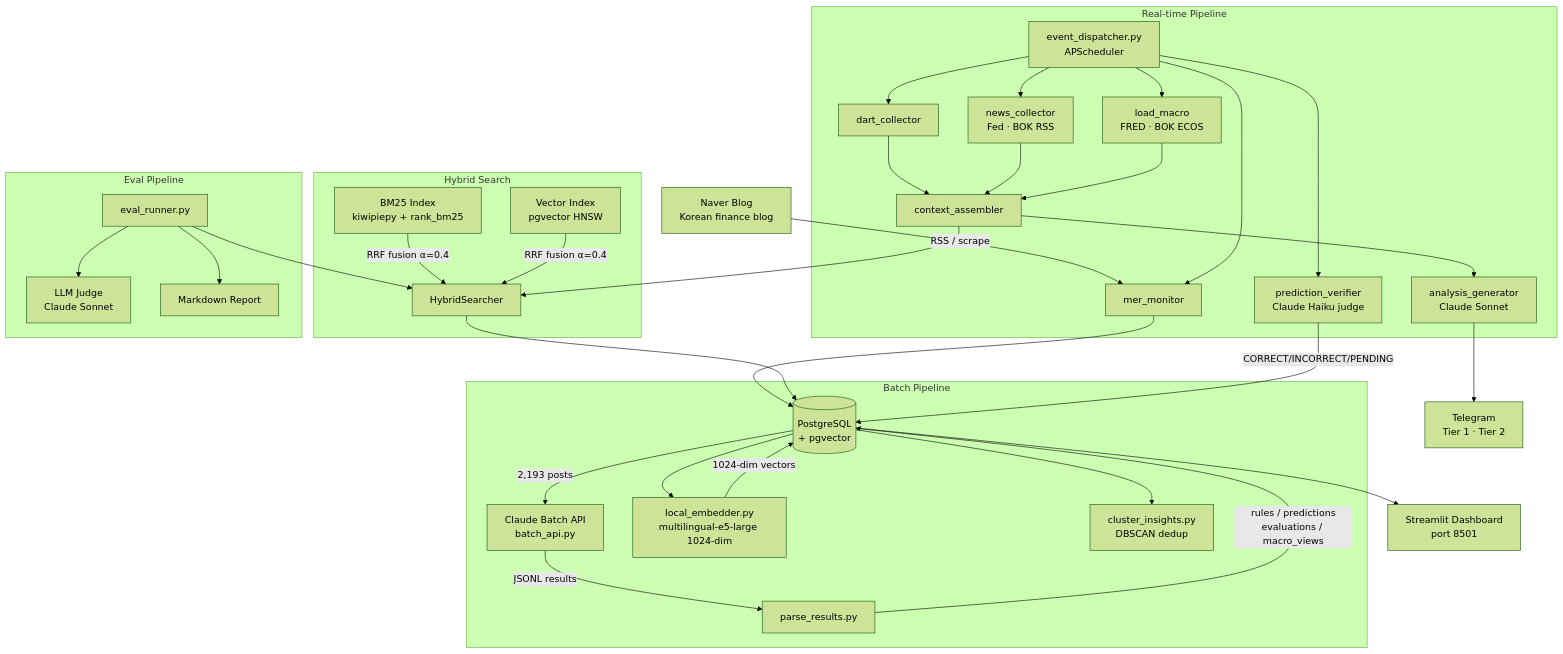
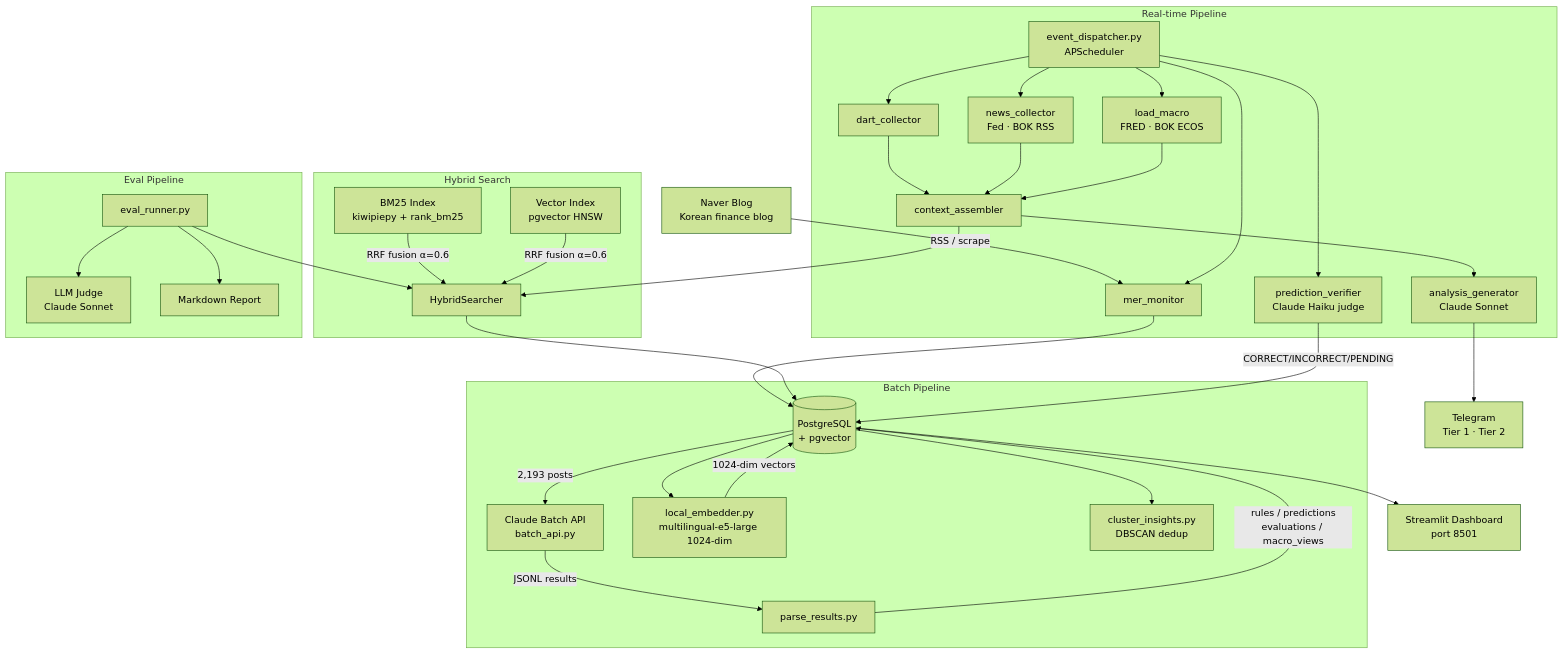
The diagram in README.md (11e3/mer-insight-pipeline), drawn with Mermaid (forest theme) before and after one commit. The commit also changed other lines of this file and 3 other files, not shown here.

````diff
--- a/README.md
+++ b/README.md
@@ -16,44 +16,44 @@
 ```mermaid
 flowchart TD
     A[Naver Blog<br>Korean finance blog] -->|RSS / scrape| B[mer_monitor]
     B --> C[(PostgreSQL<br>+ pgvector)]
 
     subgraph Batch Pipeline
         C -->|2,193 posts| D[Claude Batch API<br>batch_api.py]
         D -->|JSONL results| E[parse_results.py]
         E -->|rules / predictions<br>evaluations / macro_views| C
         C --> F[local_embedder.py<br>multilingual-e5-large 1024-dim]
         F -->|1024-dim vectors| C
         C --> G[cluster_insights.py<br>DBSCAN dedup]
     end
 
     subgraph Hybrid Search
         HS1[BM25 Index<br>kiwipiepy + rank_bm25]
         HS2[Vector Index<br>pgvector HNSW]
-        HS1 & HS2 -->|RRF fusion α=0.4| HS3[HybridSearcher]
+        HS1 & HS2 -->|RRF fusion α=0.6| HS3[HybridSearcher]
     end
 
     HS3 --> C
 
     subgraph Real-time Pipeline
         ED[event_dispatcher.py<br>APScheduler] --> B
         ED --> DC[dart_collector]
         ED --> NC[news_collector<br>Fed · BOK RSS]
         ED --> LM[load_macro<br>FRED · BOK ECOS]
         ED --> PV[prediction_verifier<br>Claude Haiku judge]
         DC & NC & LM --> CA[context_assembler]
         CA --> HS3
         CA --> AG2[analysis_generator<br>Claude Sonnet]
         PV -->|CORRECT/INCORRECT/PENDING| C
     end
 
     AG2 --> TG[Telegram<br>Tier 1 · Tier 2]
 
     subgraph Eval Pipeline
         EV[eval_runner.py] --> HS3
         EV --> LJ[LLM Judge<br>Claude Sonnet]
         EV --> RPT[Markdown Report]
     end
 
     C --> Q[Streamlit Dashboard<br>port 8501]
 ```
````
